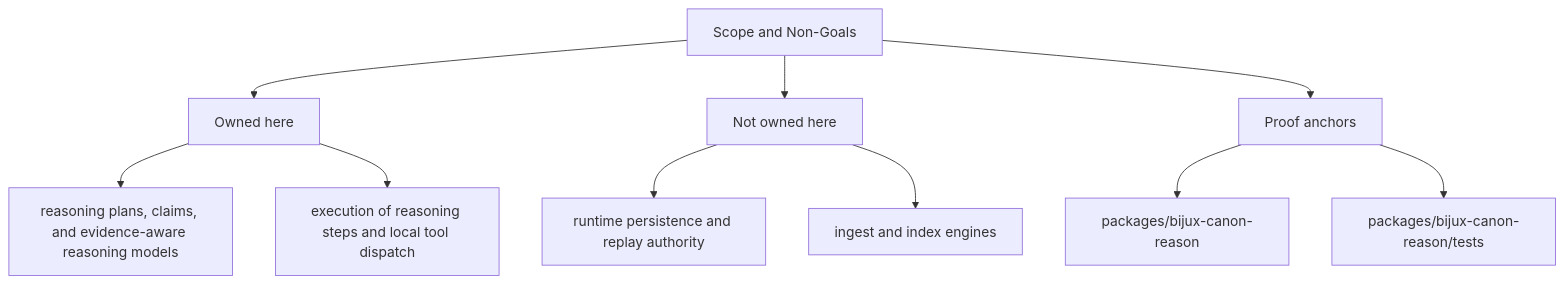
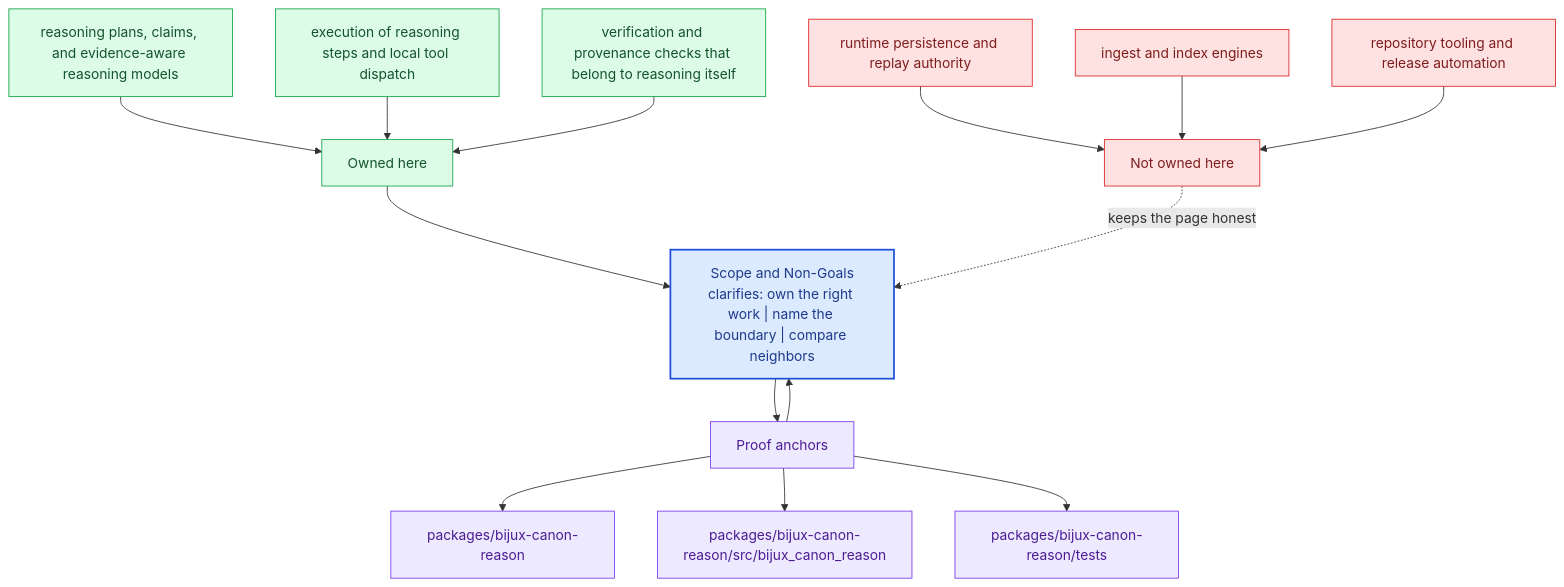
The second of 2 diagrams in docs/bijux-canon-reason/foundation/scope-and-non-goals.md (bijux/bijux-canon), drawn with Mermaid before and after one commit. The commit also changed other lines of this file and 281 other files, not shown here.

Commit message:
docs(diagrams): deepen handbook mermaid maps across the catalog

````diff
--- a/docs/bijux-canon-reason/foundation/scope-and-non-goals.md
+++ b/docs/bijux-canon-reason/foundation/scope-and-non-goals.md
@@ -36,22 +69,40 @@
 ```mermaid
-flowchart TD
-    page["Scope and Non-Goals"]
+flowchart TB
+    promise["Scope and Non-Goals<br/>clarifies: own the right work | name the boundary | compare neighbors"]
+    classDef promise fill:#dbeafe,stroke:#1d4ed8,color:#1e3a8a,stroke-width:2px;
+    classDef driver fill:#dcfce7,stroke:#16a34a,color:#14532d;
+    classDef constraint fill:#fee2e2,stroke:#dc2626,color:#7f1d1d;
+    classDef ground fill:#ede9fe,stroke:#7c3aed,color:#4c1d95;
     focus1["Owned here"]
-    page --> focus1
+    focus1 --> promise
     focus1_1["reasoning plans, claims, and evidence-aware reasoning models"]
-    focus1 --> focus1_1
+    focus1_1 --> focus1
     focus1_2["execution of reasoning steps and local tool dispatch"]
-    focus1 --> focus1_2
+    focus1_2 --> focus1
+    focus1_3["verification and provenance checks that belong to reasoning itself"]
+    focus1_3 --> focus1
+    class focus1 driver;
+    class focus1_1,focus1_2,focus1_3 driver;
     focus2["Not owned here"]
-    page --> focus2
+    focus2 -.keeps the page honest.-> promise
     focus2_1["runtime persistence and replay authority"]
-    focus2 --> focus2_1
+    focus2_1 --> focus2
     focus2_2["ingest and index engines"]
-    focus2 --> focus2_2
+    focus2_2 --> focus2
+    focus2_3["repository tooling and release automation"]
+    focus2_3 --> focus2
+    class focus2 constraint;
+    class focus2_1,focus2_2,focus2_3 constraint;
     focus3["Proof anchors"]
-    page --> focus3
+    focus3 --> promise
+    promise --> focus3
     focus3_1["packages/bijux-canon-reason"]
     focus3 --> focus3_1
-    focus3_2["packages/bijux-canon-reason/tests"]
+    focus3_2["packages/bijux-canon-reason/src/bijux_canon_reason"]
     focus3 --> focus3_2
+    focus3_3["packages/bijux-canon-reason/tests"]
+    focus3 --> focus3_3
+    class focus3 ground;
+    class focus3_1,focus3_2,focus3_3 ground;
+    class promise promise;
 ```
````
